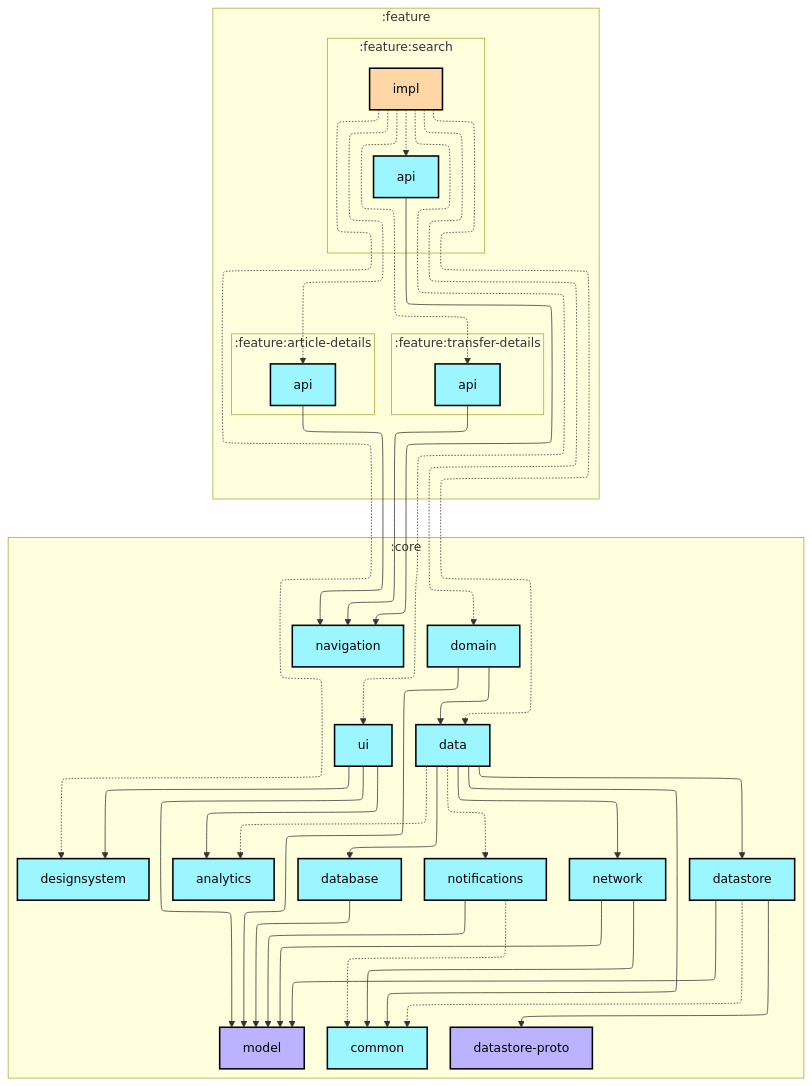
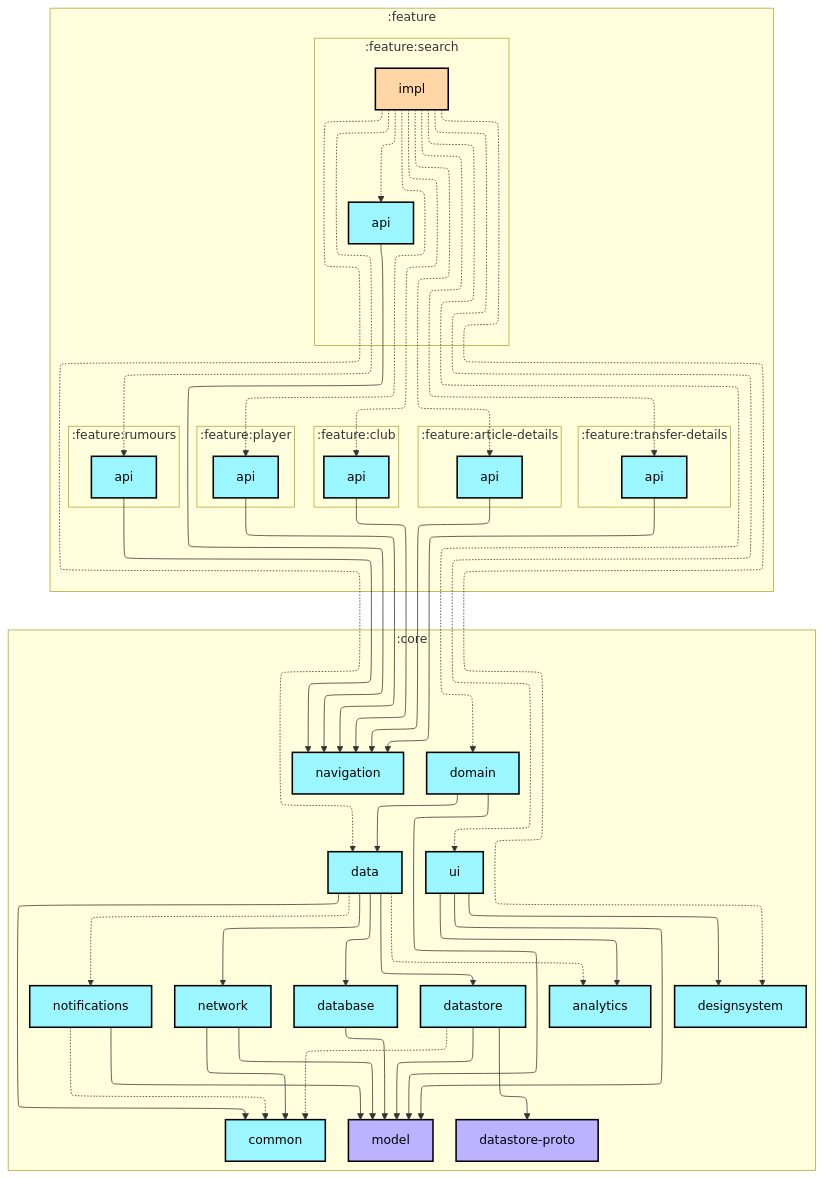
Before and after one commit to krystianchalimoniuk/nowinkitransferowe: the first of 2 diagrams in feature/search/impl/README.md, drawn with Mermaid. The commit also changed 2 other files, not shown here.

Commit message:
🤖 Updates graphs

```diff
--- a/feature/search/impl/README.md
+++ b/feature/search/impl/README.md
@@ -17,6 +17,18 @@
       direction TB
       :feature:search:api[api]:::android-library
       :feature:search:impl[impl]:::android-feature
+    end
+    subgraph :feature:club
+      direction TB
+      :feature:club:api[api]:::android-library
+    end
+    subgraph :feature:player
+      direction TB
+      :feature:player:api[api]:::android-library
+    end
+    subgraph :feature:rumours
+      direction TB
+      :feature:rumours:api[api]:::android-library
     end
     subgraph :feature:article-details
       direction TB
@@ -64,12 +76,18 @@
   :core:ui --> :core:designsystem
   :core:ui --> :core:model
   :feature:article-details:api --> :core:navigation
+  :feature:club:api --> :core:navigation
+  :feature:player:api --> :core:navigation
+  :feature:rumours:api --> :core:navigation
   :feature:search:api --> :core:navigation
   :feature:search:impl -.-> :core:data
   :feature:search:impl -.-> :core:designsystem
   :feature:search:impl -.-> :core:domain
   :feature:search:impl -.-> :core:ui
   :feature:search:impl -.-> :feature:article-details:api
+  :feature:search:impl -.-> :feature:club:api
+  :feature:search:impl -.-> :feature:player:api
+  :feature:search:impl -.-> :feature:rumours:api
   :feature:search:impl -.-> :feature:search:api
   :feature:search:impl -.-> :feature:transfer-details:api
   :feature:transfer-details:api --> :core:navigation
```
